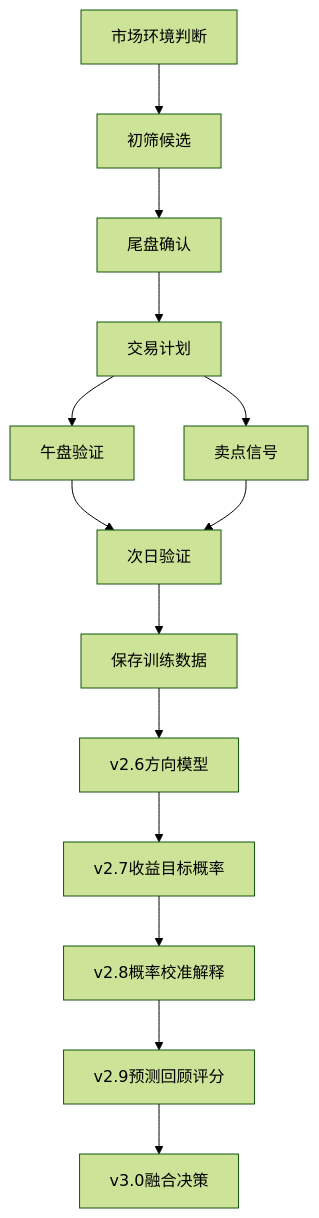
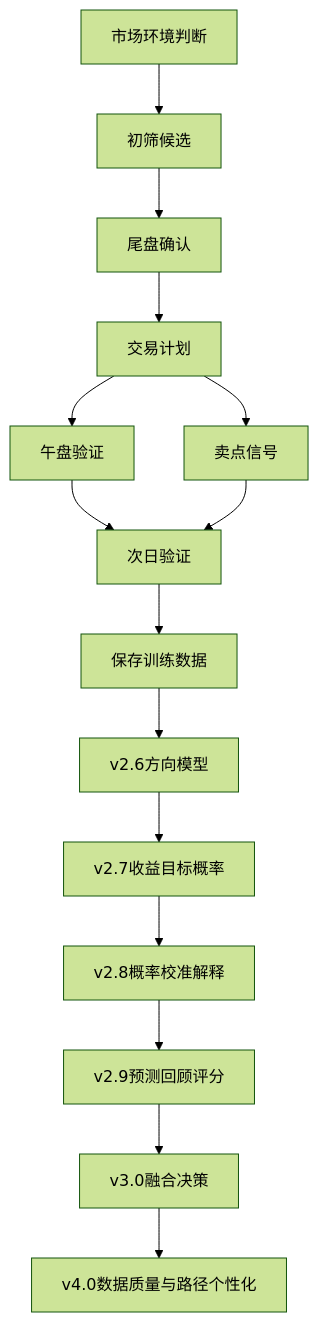
The diagram in obsidian-vault/00-入口/01-项目地图.md (ixiaoxinxin/t_trade_system), drawn with Mermaid (forest theme) before and after one commit. The commit also changed other lines of this file and 6 other files, not shown here.

Commit message:
docs: add v3 acceptance and v4 roadmap

````diff
--- a/obsidian-vault/00-入口/01-项目地图.md
+++ b/obsidian-vault/00-入口/01-项目地图.md
@@ -35,16 +37,17 @@
 ```mermaid
 flowchart TD
     A["市场环境判断"] --> B["初筛候选"]
     B --> C["尾盘确认"]
     C --> D["交易计划"]
     D --> E["午盘验证"]
     D --> F["卖点信号"]
     E --> G["次日验证"]
     F --> G
     G --> H["保存训练数据"]
     H --> I["v2.6方向模型"]
     I --> J["v2.7收益目标概率"]
     J --> K["v2.8概率校准解释"]
     K --> L["v2.9预测回顾评分"]
     L --> M["v3.0融合决策"]
+    M --> N["v4.0数据质量与路径个性化"]
 ```
````
